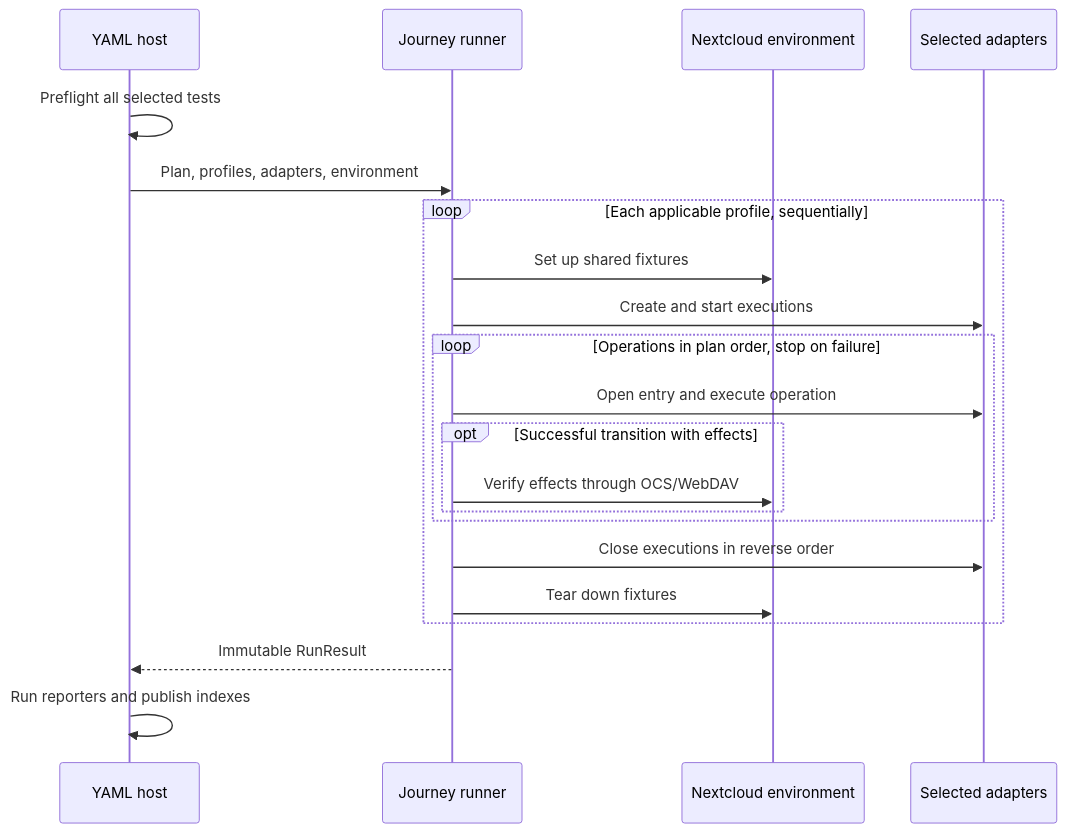
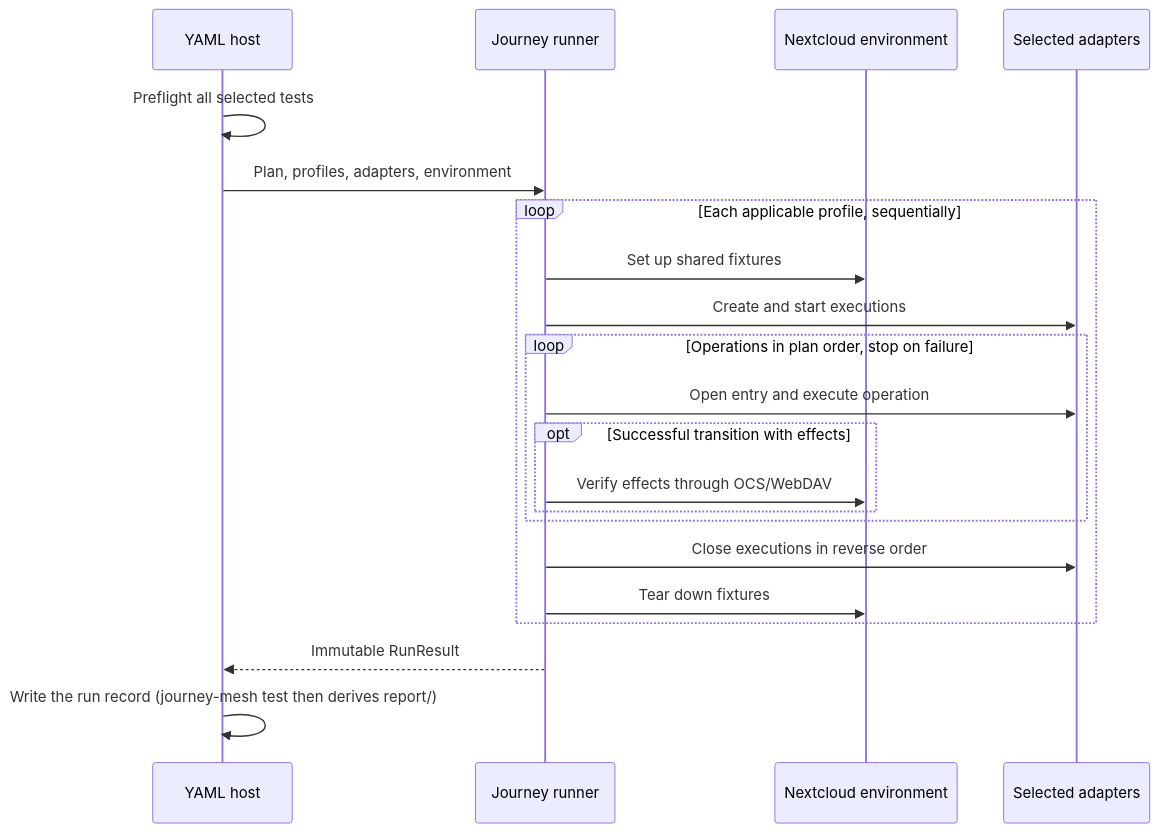
The fourth of 5 diagrams in examples/nextcloud-filesharing/README.md (openuji/journey-mesh), drawn with Mermaid before and after one commit. The commit also changed other lines of this file and 208 other files, not shown here.

````diff
--- a/examples/nextcloud-filesharing/README.md
+++ b/examples/nextcloud-filesharing/README.md
@@ -275,23 +291,23 @@
 ```mermaid
 sequenceDiagram
   participant Host as YAML host
   participant Runner as Journey runner
   participant Env as Nextcloud environment
   participant Adapters as Selected adapters
   Host->>Host: Preflight all selected tests
   Host->>Runner: Plan, profiles, adapters, environment
   loop Each applicable profile, sequentially
     Runner->>Env: Set up shared fixtures
     Runner->>Adapters: Create and start executions
     loop Operations in plan order, stop on failure
       Runner->>Adapters: Open entry and execute operation
       opt Successful transition with effects
         Runner->>Env: Verify effects through OCS/WebDAV
       end
     end
     Runner->>Adapters: Close executions in reverse order
     Runner->>Env: Tear down fixtures
   end
   Runner-->>Host: Immutable RunResult
-  Host->>Host: Run reporters and publish indexes
+  Host->>Host: Write the run record (journey-mesh test then derives report/)
 ```
````
